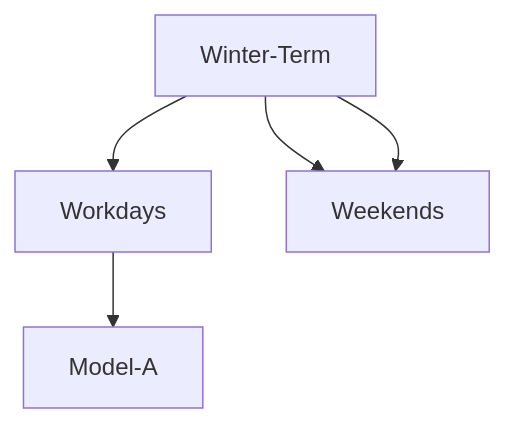
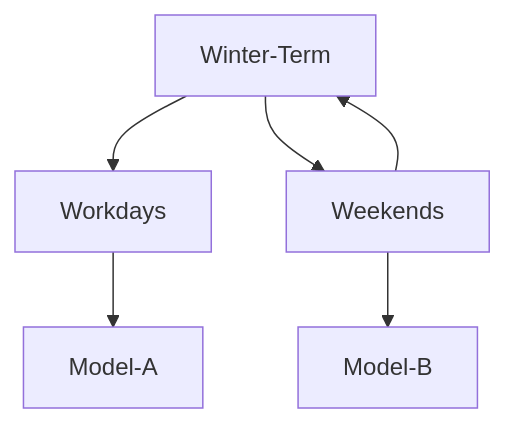
The diagram in README.md (hajri94/Predictive-Model-for-Heat-Load-in-Buildings-Connected-to-District-Heating-Network), drawn with Mermaid before and after one commit.

````diff
--- a/README.md
+++ b/README.md
@@ -71,7 +71,8 @@
 ```mermaid
 graph TD;
     Winter-Term-->Workdays;
     Winter-Term-->Weekends;    
     Workdays-->Model-A;        
-    Winter-Term-->Weekends
+    Weekends-->Winter-Term;
+    Weekends-->Model-B;
 ```
````
